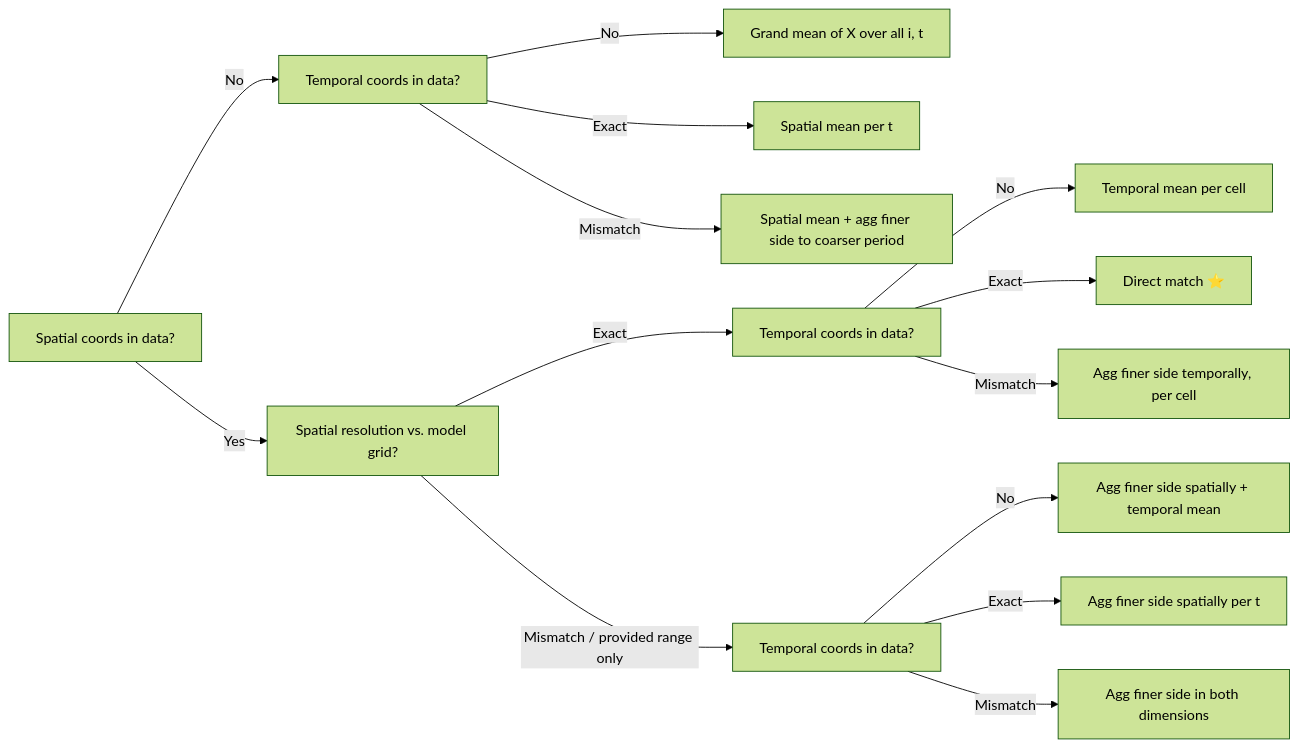
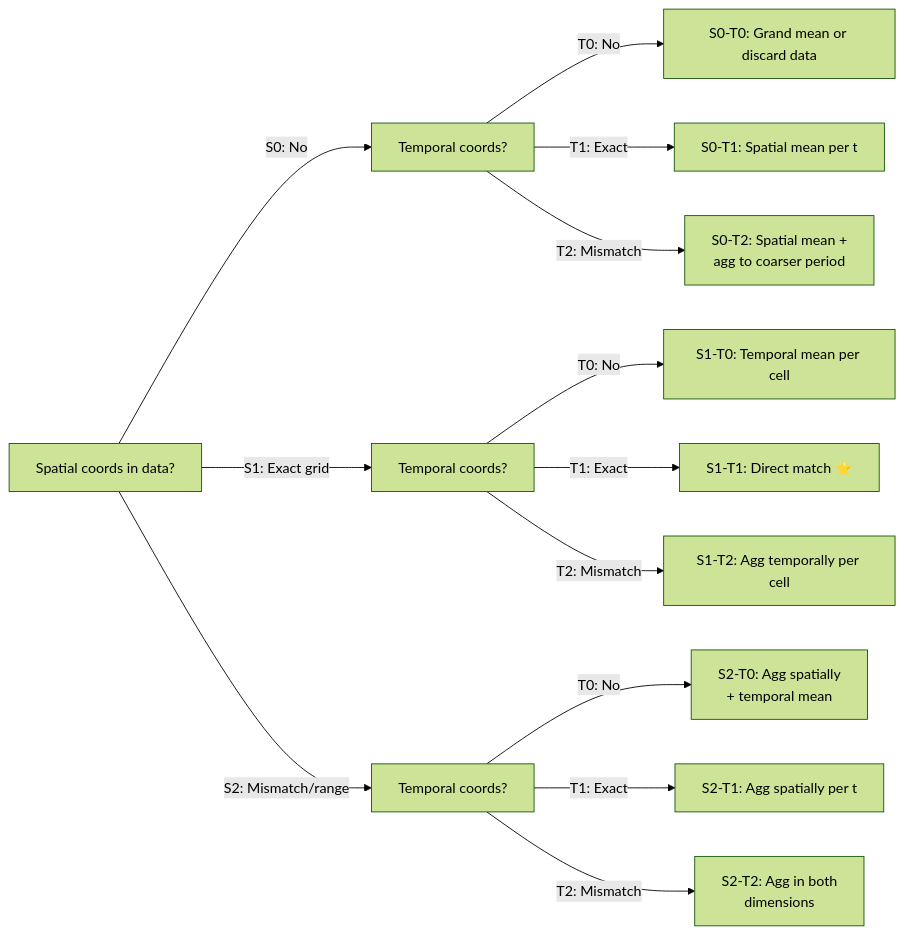
Before and after one commit to ImperialCollegeLondon/ve_data_science: the diagram in analysis/soil/validation/notes/spatiotemporal_match.md, drawn with Mermaid (forest theme). The commit also changed other lines of this file, not shown here.

Commit message:
Refine decision tree for matching validation data to model predictions

````diff
--- a/analysis/soil/validation/notes/spatiotemporal_match.md
+++ b/analysis/soil/validation/notes/spatiotemporal_match.md
@@ -43,21 +43,19 @@
 ``` mermaid
 flowchart LR
     A[Spatial coords in data?]
 
-    A -->|No| B[Temporal coords in data?]
-    B -->|No| C[Grand mean of X over all i, t]
-    B -->|Exact| D[Spatial mean per t]
-    B -->|Mismatch| E[Spatial mean + agg finer side to coarser period]
+    A -->|S0: No| B[Temporal coords?]
+    B -->|T0: No| C["S0-T0: Grand mean or discard data"]
+    B -->|T1: Exact| D["S0-T1: Spatial mean per t"]
+    B -->|T2: Mismatch| E["S0-T2: Spatial mean +<br/>agg to coarser period"]
 
-    A -->|Yes| F[Spatial resolution vs. model grid?]
+    A -->|S1: Exact grid| F[Temporal coords?]
+    F -->|T0: No| G["S1-T0: Temporal mean per cell"]
+    F -->|T1: Exact| H["S1-T1: Direct match ⭐"]
+    F -->|T2: Mismatch| I["S1-T2: Agg temporally per cell"]
 
-    F -->|Exact| G[Temporal coords in data?]
-    G -->|No| H[Temporal mean per cell]
-    G -->|Exact| I[Direct match ⭐]
-    G -->|Mismatch| J[Agg finer side temporally, per cell]
-
-    F -->|Mismatch / provided range only| K[Temporal coords in data?]
-    K -->|No| L[Agg finer side spatially + temporal mean]
-    K -->|Exact| M[Agg finer side spatially per t]
-    K -->|Mismatch| N[Agg finer side in both dimensions]
+    A -->|S2: Mismatch/range| J[Temporal coords?]
+    J -->|T0: No| K["S2-T0: Agg spatially<br/>+ temporal mean"]
+    J -->|T1: Exact| L["S2-T1: Agg spatially per t"]
+    J -->|T2: Mismatch| M["S2-T2: Agg in both<br/>dimensions"]
 ```
````
